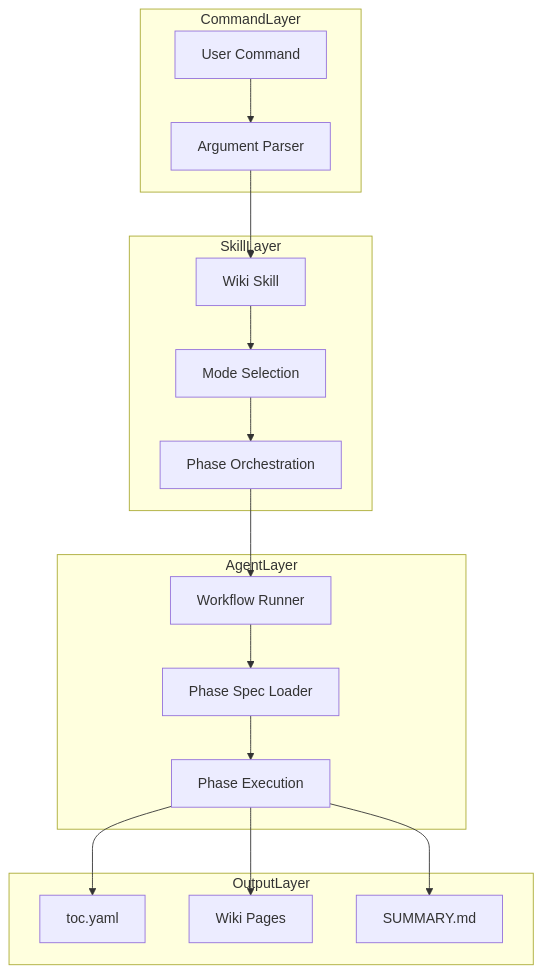
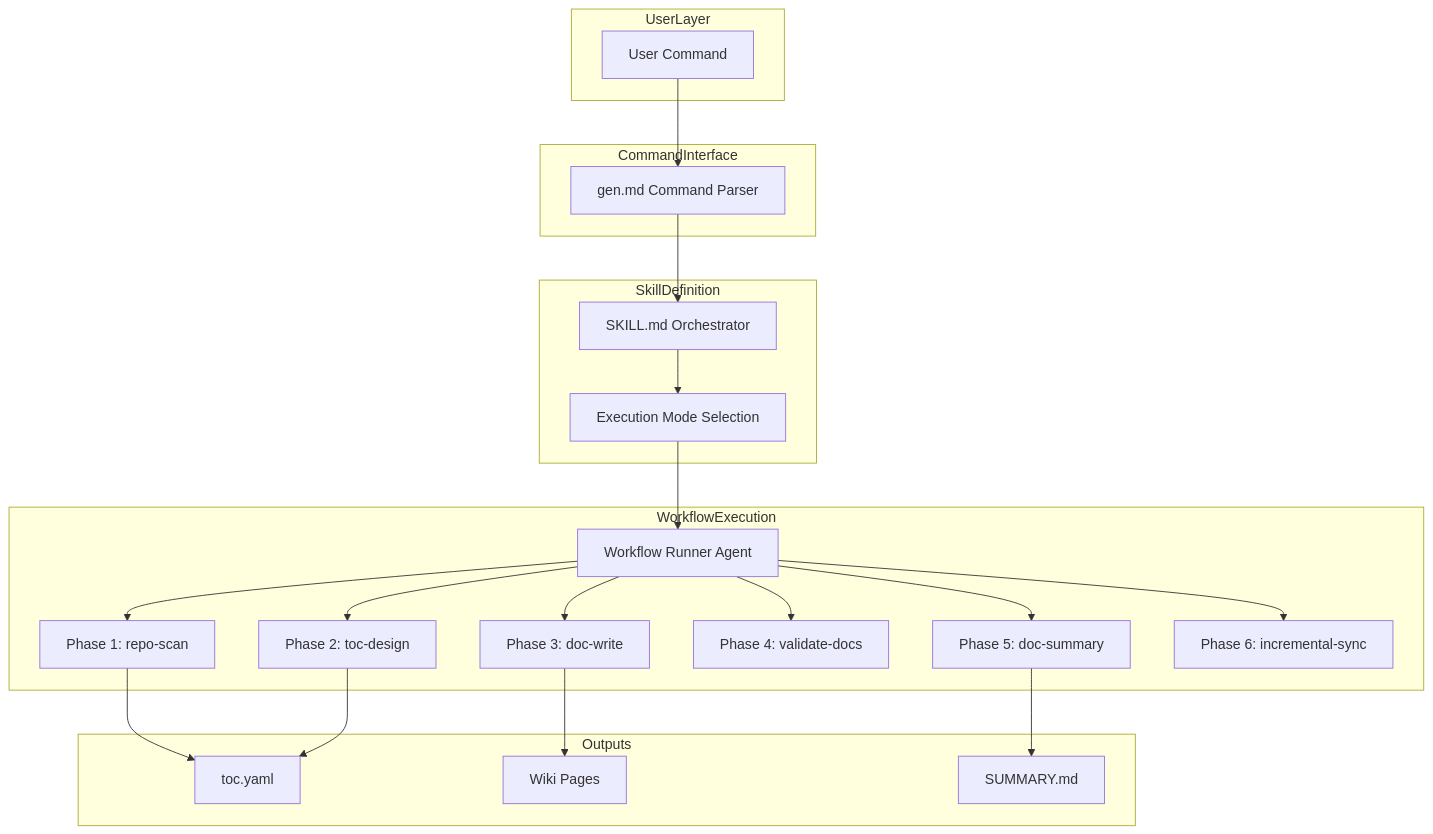
One commit to natsu1211/deepwiki-skill changed the first of 2 diagrams in docs/wiki/02_architecture.md. Above: the diagram before and after it, drawn with Mermaid. The commit also changed other lines of this file and 12 other files, not shown here.

````diff
--- a/docs/wiki/02_architecture.md
+++ b/docs/wiki/02_architecture.md
@@ -36,36 +26,46 @@
 ```mermaid
 graph TD
-    subgraph CommandLayer
+    subgraph UserLayer
         A["User Command"]
-        B["Argument Parser"]
     end
 
-    subgraph SkillLayer
-        C["Wiki Skill"]
-        D["Mode Selection"]
-        E["Phase Orchestration"]
+    subgraph CommandInterface
+        B["gen.md Command Parser"]
     end
 
-    subgraph AgentLayer
-        F["Workflow Runner"]
-        G["Phase Spec Loader"]
-        H["Phase Execution"]
+    subgraph SkillDefinition
+        C["SKILL.md Orchestrator"]
+        D["Execution Mode Selection"]
     end
 
-    subgraph OutputLayer
-        I["toc.yaml"]
-        J["Wiki Pages"]
-        K["SUMMARY.md"]
+    subgraph WorkflowExecution
+        E["Workflow Runner Agent"]
+        F["Phase 1: repo-scan"]
+        G["Phase 2: toc-design"]
+        H["Phase 3: doc-write"]
+        I["Phase 4: validate-docs"]
+        J["Phase 5: doc-summary"]
+        K["Phase 6: incremental-sync"]
+    end
+
+    subgraph Outputs
+        L["toc.yaml"]
+        M["Wiki Pages"]
+        N["SUMMARY.md"]
     end
 
     A --> B
     B --> C
     C --> D
     D --> E
     E --> F
-    F --> G
-    G --> H
-    H --> I
-    H --> J
-    H --> K
+    E --> G
+    E --> H
+    E --> I
+    E --> J
+    E --> K
+    F --> L
+    G --> L
+    H --> M
+    J --> N
 ```
````
